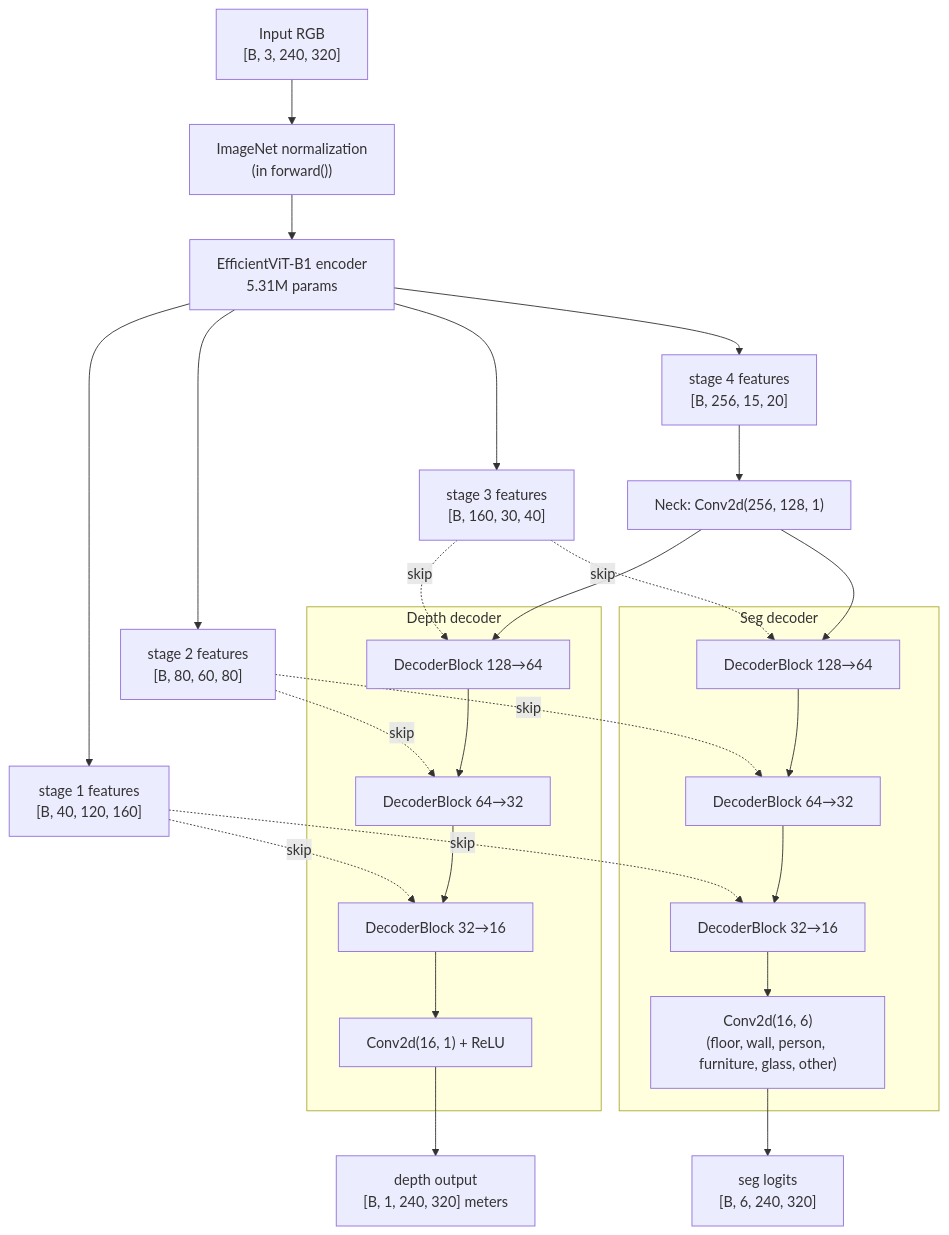
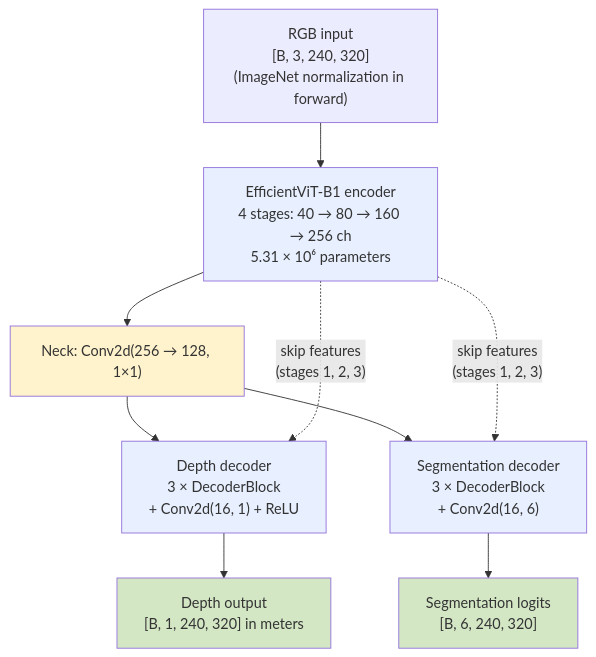
The second of 4 diagrams in docs/architecture.md (Nishant-ZFYII/ml_inference), drawn with Mermaid before and after one commit. The commit also changed other lines of this file and 6 other files, not shown here.

```diff
--- a/docs/architecture.md
+++ b/docs/architecture.md
@@ -55,49 +54,30 @@
 <div class="mermaid">
 flowchart TB
-    IN["Input RGB<br/>[B, 3, 240, 320]"]
-    NORM["ImageNet normalization<br/>(in forward())"]
-    ENC["EfficientViT-B1 encoder<br/>5.31M params"]
+    IN["RGB input<br/>[B, 3, 240, 320]<br/>(ImageNet normalization in forward)"]
 
-    F1["stage 1 features<br/>[B, 40, 120, 160]"]
-    F2["stage 2 features<br/>[B, 80, 60, 80]"]
-    F3["stage 3 features<br/>[B, 160, 30, 40]"]
-    F4["stage 4 features<br/>[B, 256, 15, 20]"]
+    ENC["EfficientViT-B1 encoder<br/>4 stages: 40 → 80 → 160 → 256 ch<br/>5.31 × 10⁶ parameters"]
 
-    NECK["Neck: Conv2d(256, 128, 1)"]
+    NECK["Neck: Conv2d(256 → 128, 1×1)"]
 
-    subgraph DepthDec["Depth decoder"]
-        DD1["DecoderBlock 128→64"]
-        DD2["DecoderBlock 64→32"]
-        DD3["DecoderBlock 32→16"]
-        DH["Conv2d(16, 1) + ReLU"]
-        DD1 --> DD2 --> DD3 --> DH
-    end
+    DEC_D["Depth decoder<br/>3 × DecoderBlock<br/>+ Conv2d(16, 1) + ReLU"]
+    DEC_S["Segmentation decoder<br/>3 × DecoderBlock<br/>+ Conv2d(16, 6)"]
 
-    subgraph SegDec["Seg decoder"]
-        SD1["DecoderBlock 128→64"]
-        SD2["DecoderBlock 64→32"]
-        SD3["DecoderBlock 32→16"]
-        SH["Conv2d(16, 6)<br/>(floor, wall, person, furniture, glass, other)"]
-        SD1 --> SD2 --> SD3 --> SH
-    end
+    OUT_D["Depth output<br/>[B, 1, 240, 320] in meters"]
+    OUT_S["Segmentation logits<br/>[B, 6, 240, 320]"]
 
-    DEPTH["depth output<br/>[B, 1, 240, 320] meters"]
-    SEG["seg logits<br/>[B, 6, 240, 320]"]
+    IN --> ENC
+    ENC --> NECK
+    NECK --> DEC_D
+    NECK --> DEC_S
+    ENC -.skip features<br/>(stages 1, 2, 3).-> DEC_D
+    ENC -.skip features<br/>(stages 1, 2, 3).-> DEC_S
+    DEC_D --> OUT_D
+    DEC_S --> OUT_S
 
-    IN --> NORM --> ENC
-    ENC --> F1
-    ENC --> F2
-    ENC --> F3
-    ENC --> F4
-    F4 --> NECK
-    NECK --> DD1
-    NECK --> SD1
-    F3 -.skip.-> DD1
-    F2 -.skip.-> DD2
-    F1 -.skip.-> DD3
-    F3 -.skip.-> SD1
-    F2 -.skip.-> SD2
-    F1 -.skip.-> SD3
-    DH --> DEPTH
-    SH --> SEG
+    style ENC fill:#e8f0ff
+    style NECK fill:#fff3cd
+    style DEC_D fill:#e8f0ff
+    style DEC_S fill:#e8f0ff
+    style OUT_D fill:#d4e7c5
+    style OUT_S fill:#d4e7c5
 </div>
```
